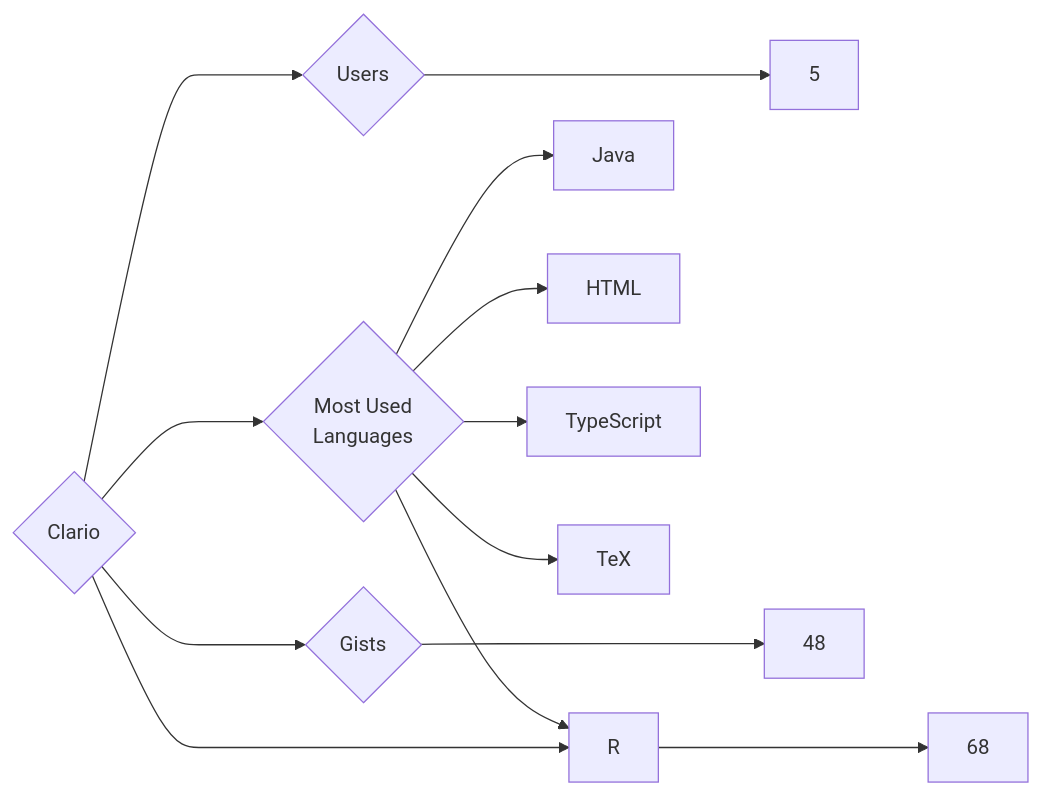
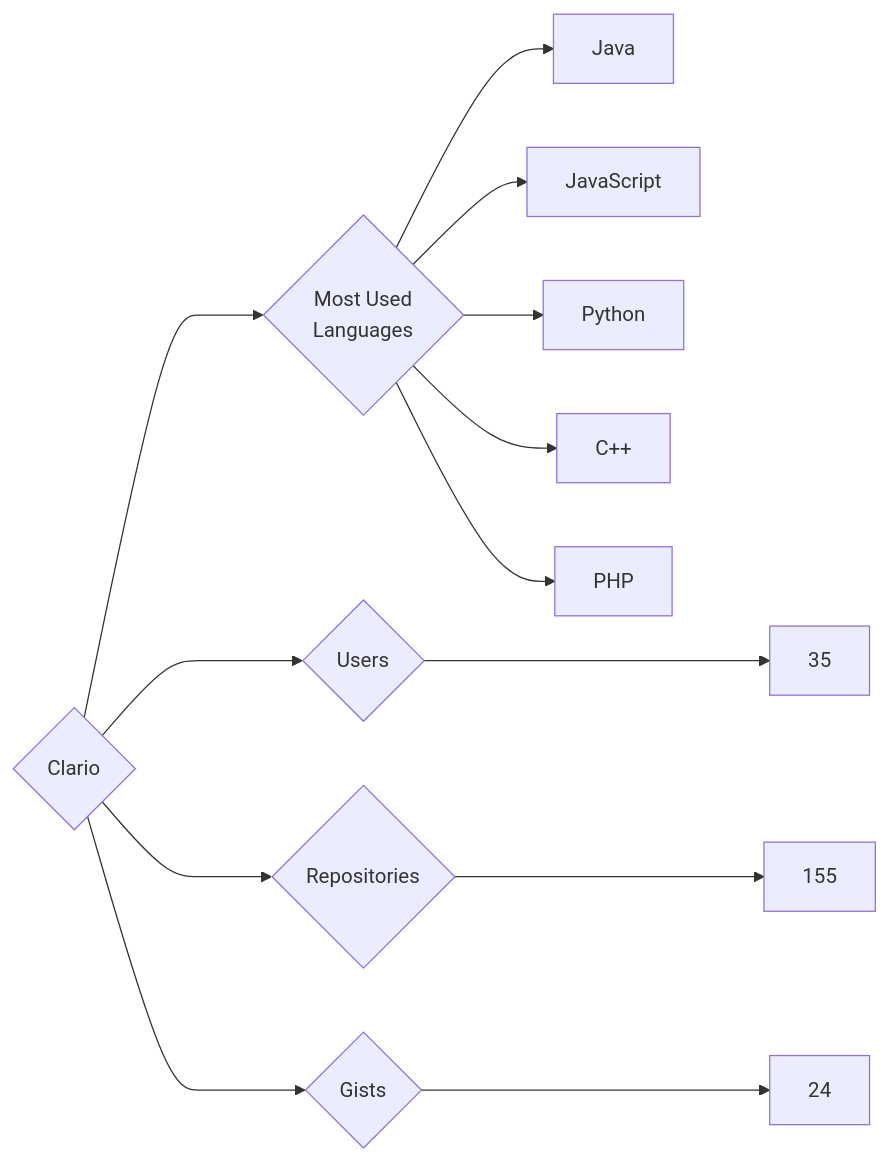
One commit to trickest/insiders changed the diagram in targets/Clario/README.md. Above: the diagram before and after it, drawn with Mermaid. The commit also changed 681 other files, not shown here.

````diff
--- a/targets/Clario/README.md
+++ b/targets/Clario/README.md
@@ -3,13 +3,13 @@
 ```mermaid
 graph LR
 COMPANY_NAME{Clario}
-COMPANY_NAME ---> U{Users} ---> UN[5]
-COMPANY_NAME ---> R{Repositories} ---> RN[68]
-COMPANY_NAME ---> G{Gists} ---> GN[48]
+COMPANY_NAME ---> U{Users} ---> UN[35]
+COMPANY_NAME ---> R{Repositories} ---> RN[155]
+COMPANY_NAME ---> G{Gists} ---> GN[24]
 COMPANY_NAME ---> ML{Most Used<br>Languages}
 ML --> Java[Java]
-ML --> HTML[HTML]
-ML --> R[R]
-ML --> TypeScript[TypeScript]
-ML --> TeX[TeX]
+ML --> JavaScript[JavaScript]
+ML --> Python[Python]
+ML --> C++[C++]
+ML --> PHP[PHP]
 ```
````
